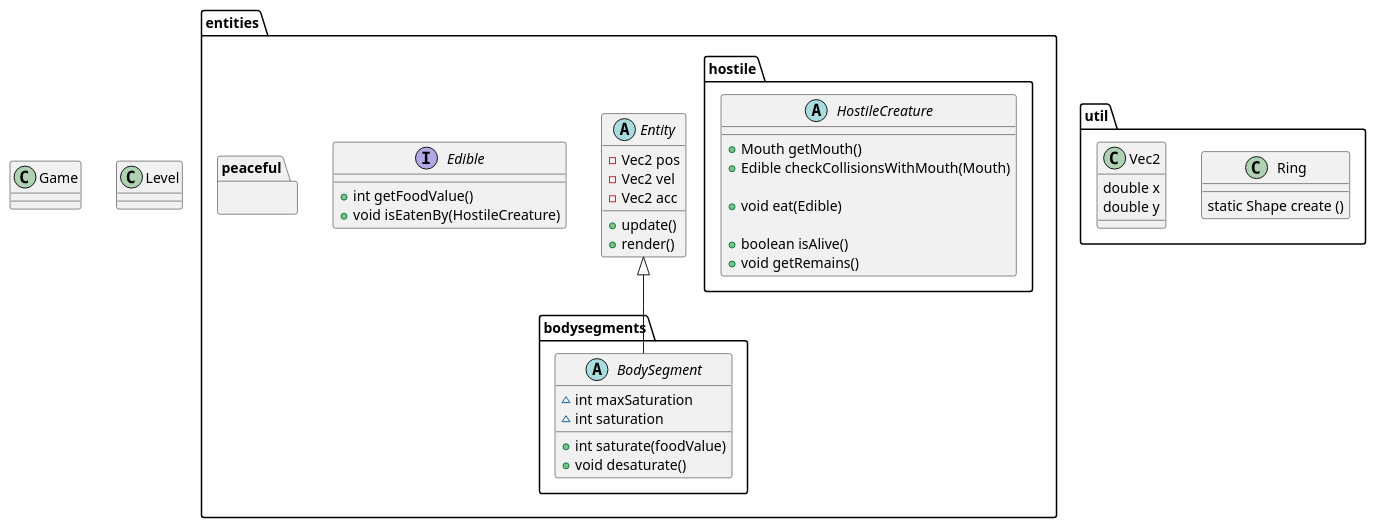
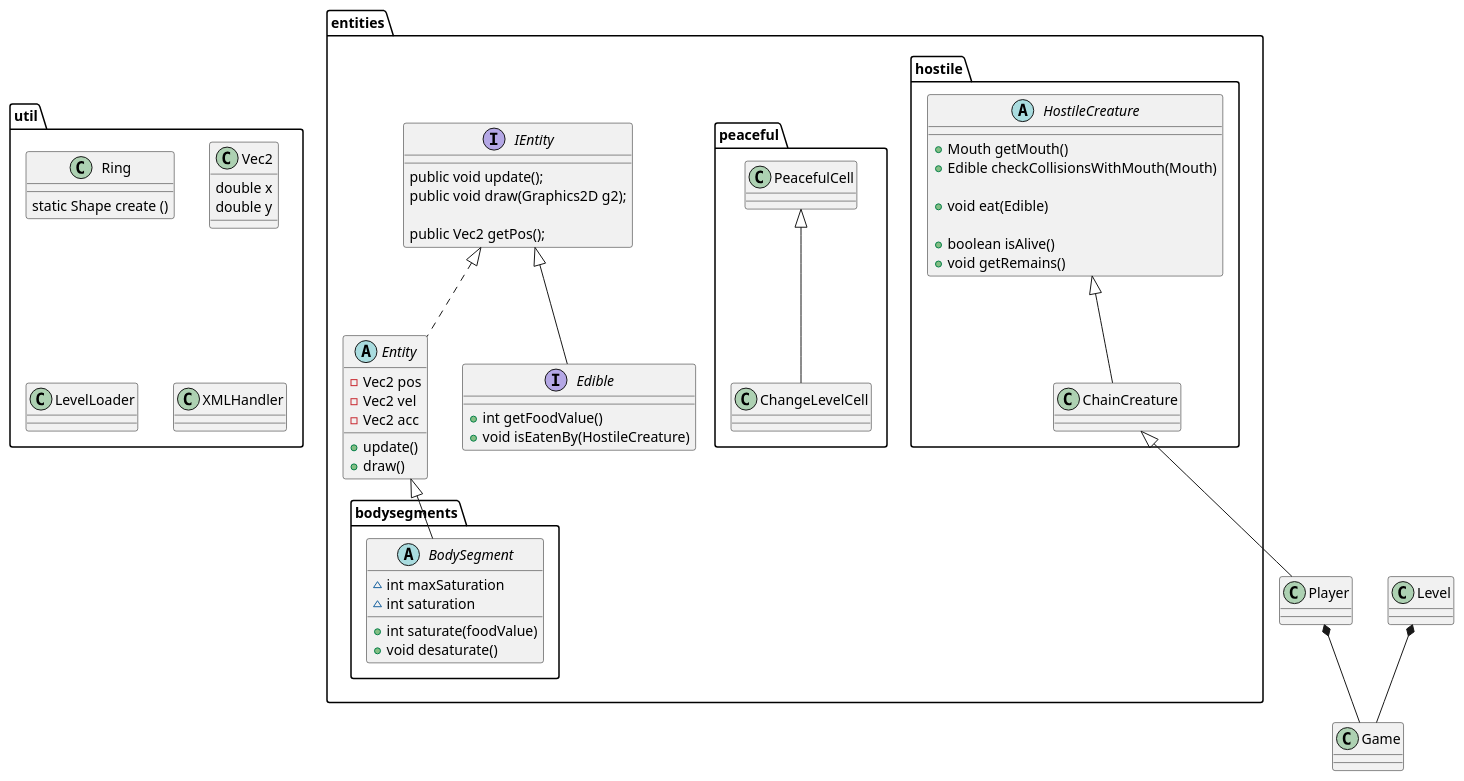
The diagram in docs/spec/classdiagram.puml (gb999/flOw), drawn with PlantUML before and after one commit. The commit also changed 18 other files, not shown here.

```diff
--- a/docs/spec/classdiagram.puml
+++ b/docs/spec/classdiagram.puml
@@ -1,63 +1,78 @@
 @startuml
 package entities {
-    abstract class Entity {
+    abstract class Entity implements IEntity {
         - Vec2 pos
         - Vec2 vel
         - Vec2 acc
 
         + update()
-        + render()
+        + draw()
+    }
+    interface IEntity {
+          public void update();
+        public void draw(Graphics2D g2);
+
+        public Vec2 getPos();
     }
 
-    interface Edible {
+    interface Edible extends IEntity {
         + int getFoodValue()
         + void isEatenBy(HostileCreature)
     } 
 }
 
 package entities.bodysegments {
     abstract BodySegment extends entities.Entity {
         ~ int maxSaturation
         ~ int saturation
         + int saturate(foodValue)
         + void desaturate()
 
     } 
 }
 
 package entities.hostile {
     abstract class HostileCreature {
         + Mouth getMouth()
         + Edible checkCollisionsWithMouth(Mouth)
         
         + void eat(Edible)
         
         + boolean isAlive()
         + void getRemains()
     }
+    class ChainCreature extends HostileCreature
 }
 
 package entities.peaceful {
+    class PeacefulCell
+    class ChangeLevelCell  extends PeacefulCell
 
 }
 
 package util {
     class Ring {
         static Shape create ()
     }
     class Vec2 {
         double x
         double y
     }
+    class LevelLoader {
+        
+    }
+    class XMLHandler
 }
 
 
 class Game {
 }
 
+class Player extends entities.hostile.ChainCreature
+
 class Level {
 
 }
-
-
+Level *-- Game
+Player *-- Game
 @enduml
```
